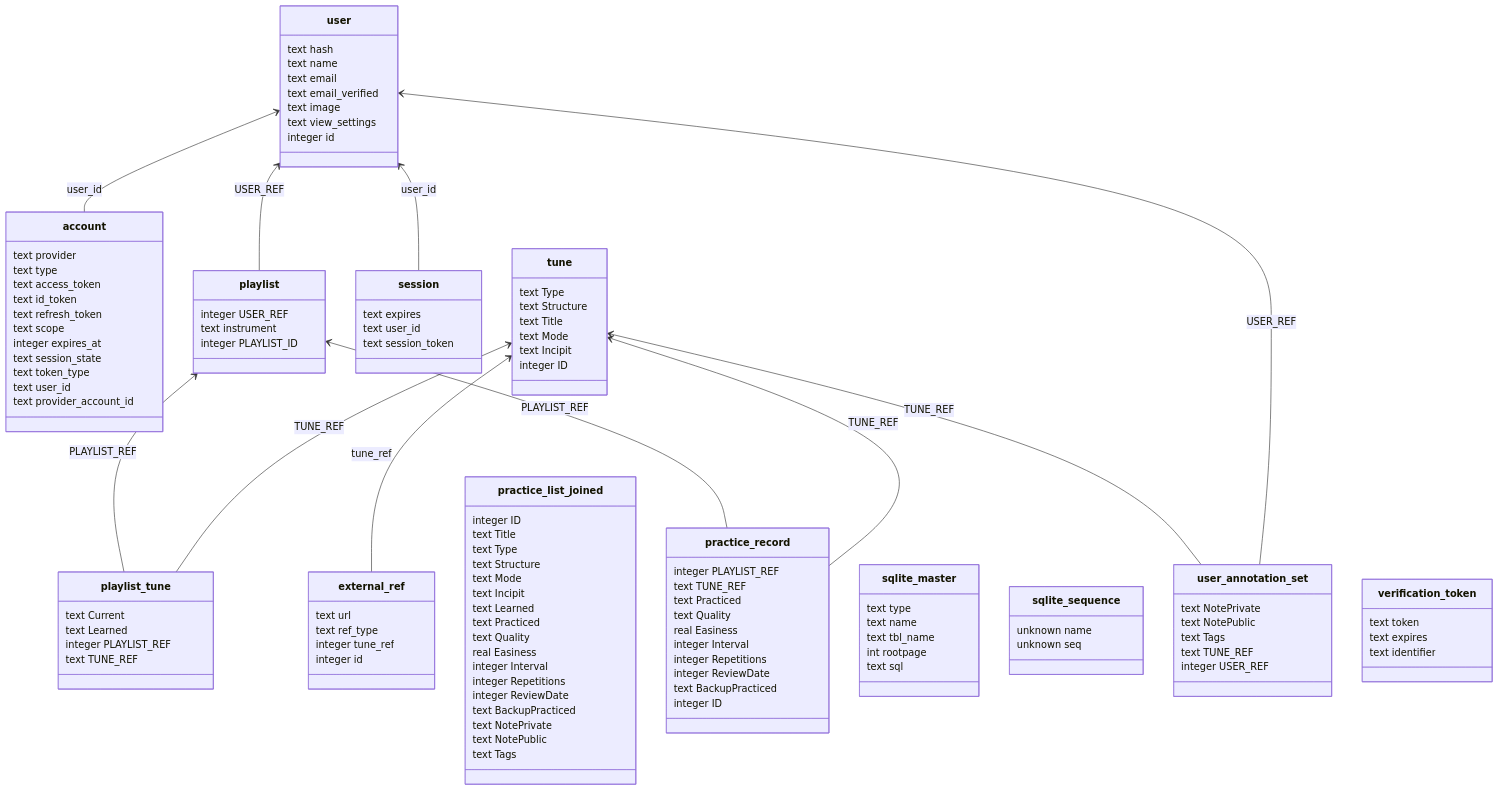
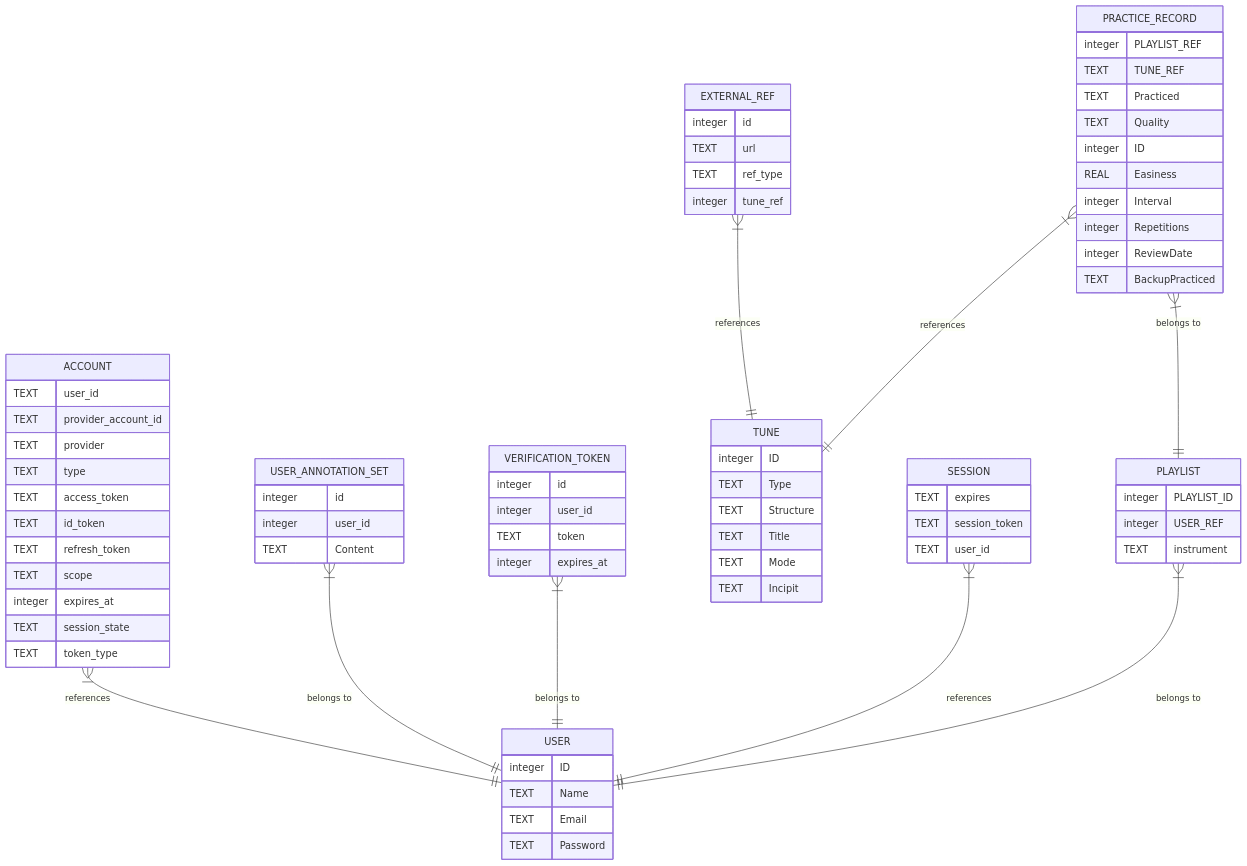
One commit to sboagy/tunetrees changed the third of 3 diagrams in README.md. Above: the diagram before and after it, drawn with Mermaid. The commit also changed other lines of this file and 1 other file, not shown here.

Commit message:
📝 🗃️ database now conforms to 3rd normal form, and proper ERD in readme

````diff
--- a/README.md
+++ b/README.md
@@ -66,121 +92,87 @@
 ```mermaid
-classDiagram
-direction BT
-class account {
-   text provider
-   text type
-   text access_token
-   text id_token
-   text refresh_token
-   text scope
-   integer expires_at
-   text session_state
-   text token_type
-   text user_id
-   text provider_account_id
-}
-class external_ref {
-   text url
-   text ref_type
-   integer tune_ref
-   integer id
-}
-class playlist {
-   integer USER_REF
-   text instrument
-   integer PLAYLIST_ID
-}
-class playlist_tune {
-   text Current
-   text Learned
-   integer PLAYLIST_REF
-   text TUNE_REF
-}
-class practice_list_joined {
-   integer ID
-   text Title
-   text Type
-   text Structure
-   text Mode
-   text Incipit
-   text Learned
-   text Practiced
-   text Quality
-   real Easiness
-   integer Interval
-   integer Repetitions
-   integer ReviewDate
-   text BackupPracticed
-   text NotePrivate
-   text NotePublic
-   text Tags
-}
-class practice_record {
-   integer PLAYLIST_REF
-   text TUNE_REF
-   text Practiced
-   text Quality
-   real Easiness
-   integer Interval
-   integer Repetitions
-   integer ReviewDate
-   text BackupPracticed
-   integer ID
-}
-class session {
-   text expires
-   text user_id
-   text session_token
-}
-class sqlite_master {
-   text type
-   text name
-   text tbl_name
-   int rootpage
-   text sql
-}
-class sqlite_sequence {
-   unknown name
-   unknown seq
-}
-class tune {
-   text Type
-   text Structure
-   text Title
-   text Mode
-   text Incipit
-   integer ID
-}
-class user {
-   text hash
-   text name
-   text email
-   text email_verified
-   text image
-   text view_settings
-   integer id
-}
-class user_annotation_set {
-   text NotePrivate
-   text NotePublic
-   text Tags
-   text TUNE_REF
-   integer USER_REF
-}
-class verification_token {
-   text token
-   text expires
-   text identifier
-}
+erDiagram
+    ACCOUNT {
+        TEXT user_id
+        TEXT provider_account_id
+        TEXT provider
+        TEXT type
+        TEXT access_token
+        TEXT id_token
+        TEXT refresh_token
+        TEXT scope
+        integer expires_at
+        TEXT session_state
+        TEXT token_type
+    }
 
-account  -->  user : user_id
-external_ref  -->  tune : tune_ref
-playlist  -->  user : USER_REF
-playlist_tune  -->  playlist : PLAYLIST_REF
-playlist_tune  -->  tune : TUNE_REF
-practice_record  -->  playlist : PLAYLIST_REF
-practice_record  -->  tune : TUNE_REF
-session  -->  user : user_id
-user_annotation_set  -->  tune : TUNE_REF
-user_annotation_set  -->  user : USER_REF
+    EXTERNAL_REF {
+        integer id
+        TEXT url
+        TEXT ref_type
+        integer tune_ref
+    }
+
+    PLAYLIST {
+        integer PLAYLIST_ID
+        integer USER_REF
+        TEXT instrument
+    }
+
+    PRACTICE_RECORD {
+        integer PLAYLIST_REF
+        TEXT TUNE_REF
+        TEXT Practiced
+        TEXT Quality
+        integer ID
+        REAL Easiness
+        integer Interval
+        integer Repetitions
+        integer ReviewDate
+        TEXT BackupPracticed
+    }
+
+    SESSION {
+        TEXT expires
+        TEXT session_token
+        TEXT user_id
+    }
+
+    TUNE {
+        integer ID
+        TEXT Type
+        TEXT Structure
+        TEXT Title
+        TEXT Mode
+        TEXT Incipit
+    }
+
+    USER {
+        integer ID
+        TEXT Name
+        TEXT Email
+        TEXT Password
+    }
+
+    USER_ANNOTATION_SET {
+        integer id
+        integer user_id
+        TEXT Content
+    }
+
+    VERIFICATION_TOKEN {
+        integer id
+        integer user_id
+        TEXT token
+        integer expires_at
+    }
+
+    %% Relationships
+    ACCOUNT }|--|| USER : "references"
+    USER_ANNOTATION_SET }|--|| USER : "belongs to"
+    VERIFICATION_TOKEN }|--|| USER : "belongs to"
+    SESSION }|--|| USER : "references"
+    EXTERNAL_REF }|--|| TUNE : "references"
+    PRACTICE_RECORD }|--|| PLAYLIST : "belongs to"
+    PRACTICE_RECORD }|--|| TUNE : "references"
+    PLAYLIST }|--|| USER : "belongs to"
 ```
````
